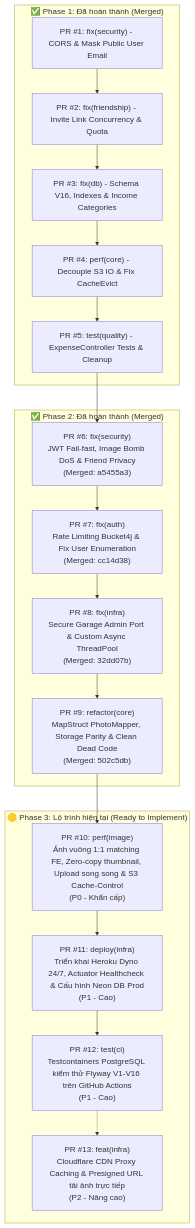
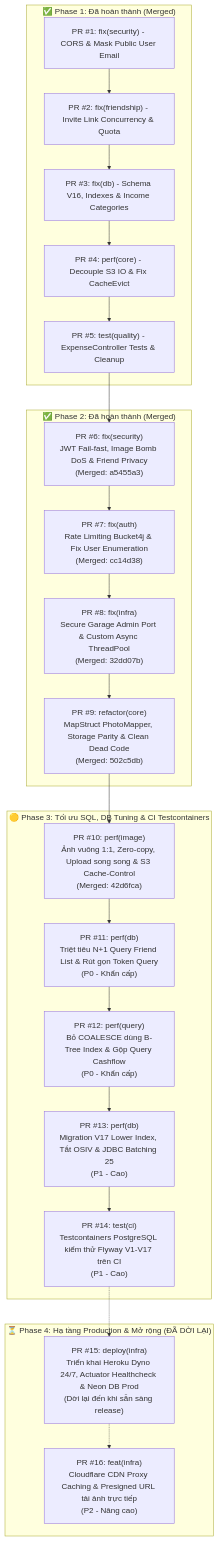
Before and after one commit to khanhnkq/checked-backend: the diagram in docs/PULL_REQUESTS_ROADMAP.md, drawn with Mermaid. The commit also changed other lines of this file and 6 other files, not shown here.

Commit message:
perf(db): fix N+1 query in friendships and optimize invite token lookup

````diff
--- a/docs/PULL_REQUESTS_ROADMAP.md
+++ b/docs/PULL_REQUESTS_ROADMAP.md
@@ -15,32 +16,41 @@
 ```mermaid
 flowchart TD
     subgraph PHASE1["✅ Phase 1: Đã hoàn thành (Merged)"]
         PR1["PR #1: fix(security) - CORS & Mask Public User Email"]
         PR2["PR #2: fix(friendship) - Invite Link Concurrency & Quota"]
         PR3["PR #3: fix(db) - Schema V16, Indexes & Income Categories"]
         PR4["PR #4: perf(core) - Decouple S3 IO & Fix CacheEvict"]
         PR5["PR #5: test(quality) - ExpenseController Tests & Cleanup"]
         PR1 --> PR2 --> PR3 --> PR4 --> PR5
     end
 
     subgraph PHASE2["✅ Phase 2: Đã hoàn thành (Merged)"]
         PR6["PR #6: fix(security)\nJWT Fail-fast, Image Bomb DoS & Friend Privacy\n(Merged: a5455a3)"]
         PR7["PR #7: fix(auth)\nRate Limiting Bucket4j & Fix User Enumeration\n(Merged: cc14d38)"]
         PR8["PR #8: fix(infra)\nSecure Garage Admin Port & Custom Async ThreadPool\n(Merged: 32dd07b)"]
         PR9["PR #9: refactor(core)\nMapStruct PhotoMapper, Storage Parity & Clean Dead Code\n(Merged: 502c5db)"]
         PR6 --> PR7 --> PR8 --> PR9
     end
 
-    subgraph PHASE3["🟡 Phase 3: Lộ trình hiện tại (Ready to Implement)"]
-        PR10["PR #10: perf(image)\nẢnh vuông 1:1 matching FE, Zero-copy thumbnail, Upload song song & S3 Cache-Control\n(P0 - Khẩn cấp)"]
-        PR11["PR #11: deploy(infra)\nTriển khai Heroku Dyno 24/7, Actuator Healthcheck & Cấu hình Neon DB Prod\n(P1 - Cao)"]
-        PR12["PR #12: test(ci)\nTestcontainers PostgreSQL kiểm thử Flyway V1-V16 trên GitHub Actions\n(P1 - Cao)"]
-        PR13["PR #13: feat(infra)\nCloudflare CDN Proxy Caching & Presigned URL tải ảnh trực tiếp\n(P2 - Nâng cao)"]
+    subgraph PHASE3["🟡 Phase 3: Tối ưu SQL, DB Tuning & CI Testcontainers"]
+        PR10["PR #10: perf(image)\nẢnh vuông 1:1, Zero-copy, Upload song song & S3 Cache-Control\n(Merged: 42d6fca)"]
+        PR11["PR #11: perf(db)\nTriệt tiêu N+1 Query Friend List & Rút gọn Token Query\n(P0 - Khẩn cấp)"]
+        PR12["PR #12: perf(query)\nBỏ COALESCE dùng B-Tree Index & Gộp Query Cashflow\n(P0 - Khẩn cấp)"]
+        PR13["PR #13: perf(db)\nMigration V17 Lower Index, Tắt OSIV & JDBC Batching 25\n(P1 - Cao)"]
+        PR14["PR #14: test(ci)\nTestcontainers PostgreSQL kiểm thử Flyway V1-V17 trên CI\n(P1 - Cao)"]
         PR10 --> PR11
         PR11 --> PR12
-        PR12 -.-> PR13
+        PR12 --> PR13
+        PR13 --> PR14
+    end
+
+    subgraph PHASE4["⏳ Phase 4: Hạ tầng Production & Mở rộng (ĐÃ DỜI LẠI)"]
+        PR15["PR #15: deploy(infra)\nTriển khai Heroku Dyno 24/7, Actuator Healthcheck & Neon DB Prod\n(Dời lại đến khi sẵn sàng release)"]
+        PR16["PR #16: feat(infra)\nCloudflare CDN Proxy Caching & Presigned URL tải ảnh trực tiếp\n(P2 - Nâng cao)"]
+        PR14 -.-> PR15
+        PR15 -.-> PR16
     end
 
     PR5 --> PR6
     PR9 --> PR10
 ```
````
